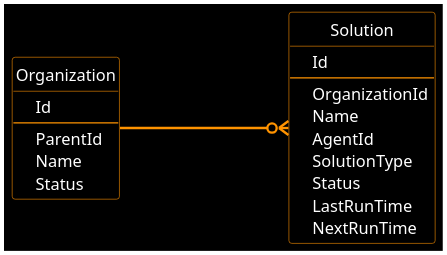
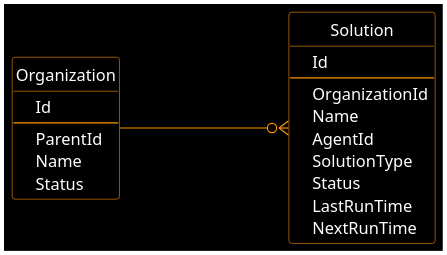
The diagram in Docs/metadata-metaphor.puml (valmaev/scribe-connector-demo), drawn with PlantUML before and after one commit.

Commit message:
Remove redundant skinparam from ER-diagram

```diff
--- a/Docs/metadata-metaphor.puml
+++ b/Docs/metadata-metaphor.puml
@@ -1,44 +1,43 @@
 @startuml
 
 skinparam backgroundColor #000000
 skinparam shadowing false
-skinparam sequenceArrowThickness 2
 
 skinparam class {
     ArrowColor #FF9300
     ArrowFontName "Iosevka SS08"
     ArrowFontColor #FFFFFF
 
     AttributeFontName "Iosevka SS08"
     AttributeFontColor #FFFFFF
     BorderColor #FF9300
     BackgroundColor #000000
     FontName "Iosevka SS08"
     FontColor #FFFFFF
 }
 
 hide circle
 
 class Organization {
    * Id
    ---
    * ParentId
    * Name
    Status
 }
 
 class Solution {
    * Id
    ---
    * OrganizationId
    * Name
    * AgentId
    SolutionType
    Status
    LastRunTime
    NextRunTime
 }
 
 Organization -right-o{ Solution: \t\t\t\t
 
 @enduml
```
